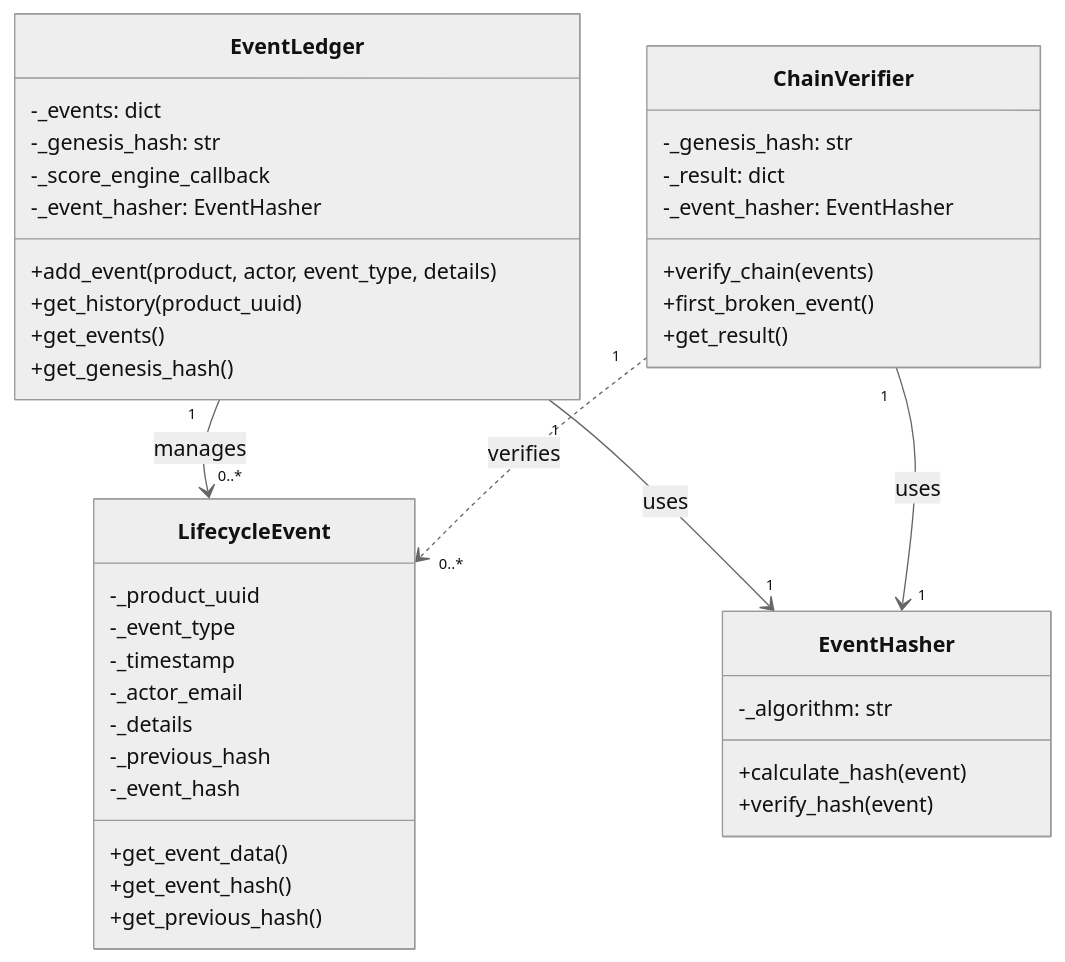
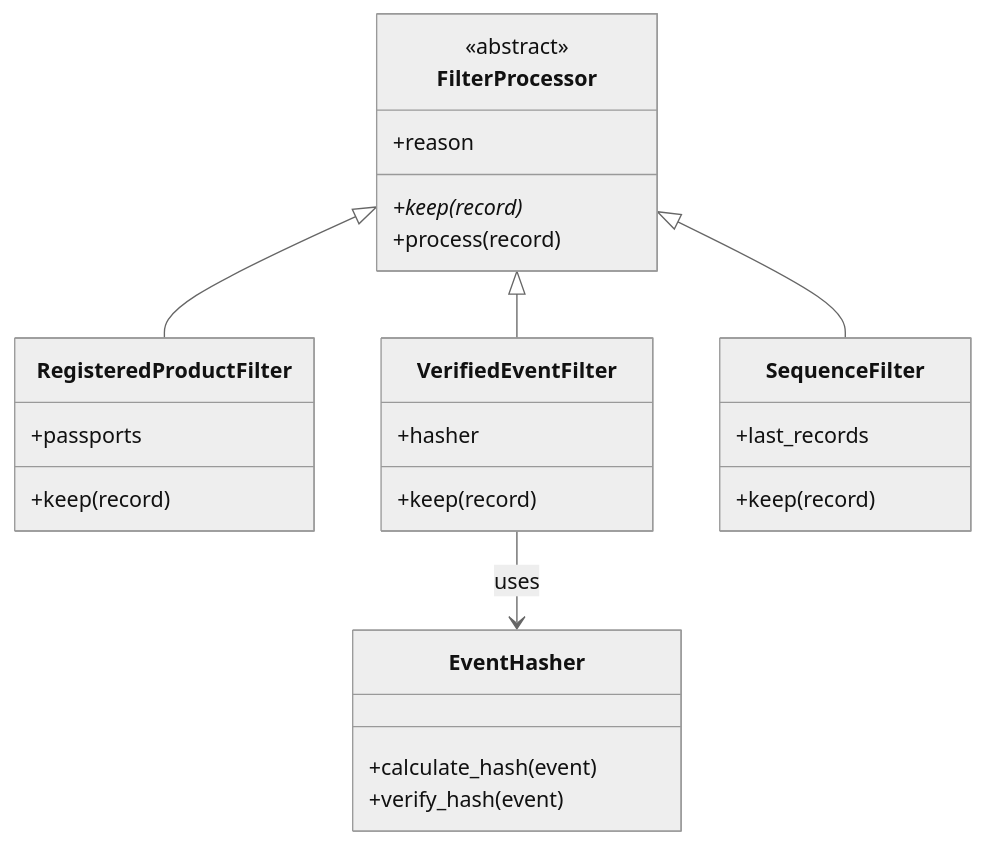
One commit to pradnya-shinde001/group15-circular-product-passport changed the second of 4 diagrams in README.md. Above: the diagram before and after it, drawn with Mermaid (neutral theme). The commit also changed other lines of this file and 2 other files, not shown here.

Commit message:
Added class diagrams for streamline framework

````diff
--- a/README.md
+++ b/README.md
@@ -144,47 +129,30 @@
 ```mermaid
 classDiagram
-
-    class EventLedger {
-        -_events: dict
-        -_genesis_hash: str
-        -_score_engine_callback
-        -_event_hasher: EventHasher
-        +add_event(product, actor, event_type, details)
-        +get_history(product_uuid)
-        +get_events()
-        +get_genesis_hash()
+    class FilterProcessor {
+        <<abstract>>
+        +reason
+        +keep(record)*
+        +process(record)
     }
-
-    class LifecycleEvent {
-        -_product_uuid
-        -_event_type
-        -_timestamp
-        -_actor_email
-        -_details
-        -_previous_hash
-        -_event_hash
-        +get_event_data()
-        +get_event_hash()
-        +get_previous_hash()
+    class RegisteredProductFilter {
+        +passports
+        +keep(record)
     }
-
+    class VerifiedEventFilter {
+        +hasher
+        +keep(record)
+    }
+    class SequenceFilter {
+        +last_records
+        +keep(record)
+    }
     class EventHasher {
-        -_algorithm: str
         +calculate_hash(event)
         +verify_hash(event)
     }
 
-    class ChainVerifier {
-        -_genesis_hash: str
-        -_result: dict
-        -_event_hasher: EventHasher
-        +verify_chain(events)
-        +first_broken_event()
-        +get_result()
-    }
-
-    EventLedger "1" --> "0..*" LifecycleEvent : manages
-    EventLedger "1" --> "1" EventHasher : uses
-    ChainVerifier "1" --> "1" EventHasher : uses
-    ChainVerifier "1" ..> "0..*" LifecycleEvent : verifies
+    FilterProcessor <|-- RegisteredProductFilter
+    FilterProcessor <|-- VerifiedEventFilter
+    FilterProcessor <|-- SequenceFilter
+    VerifiedEventFilter --> EventHasher : uses
 ```
````
